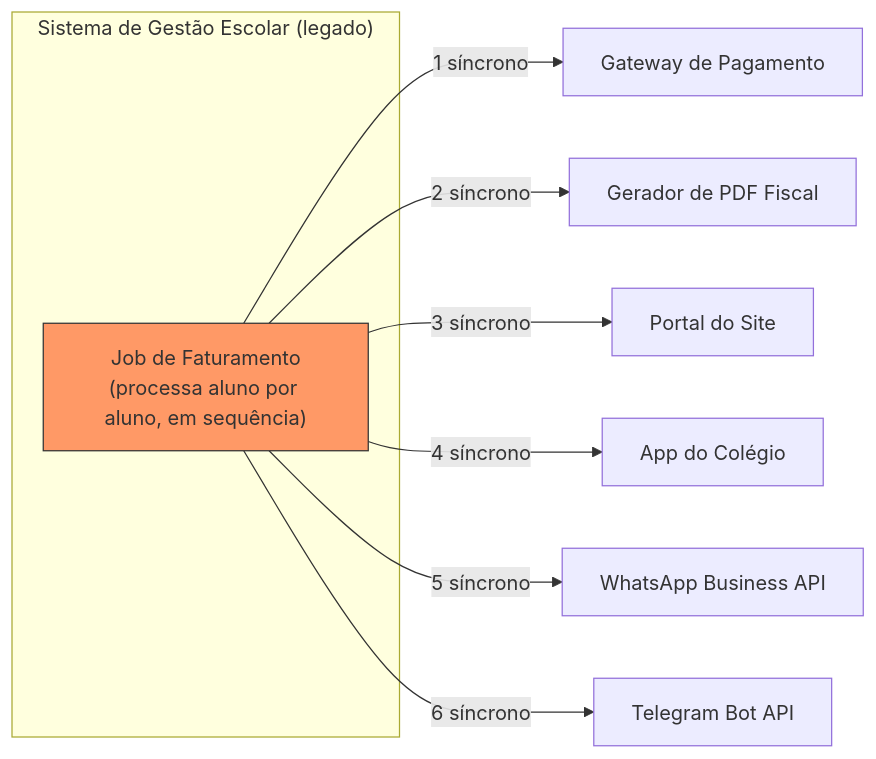
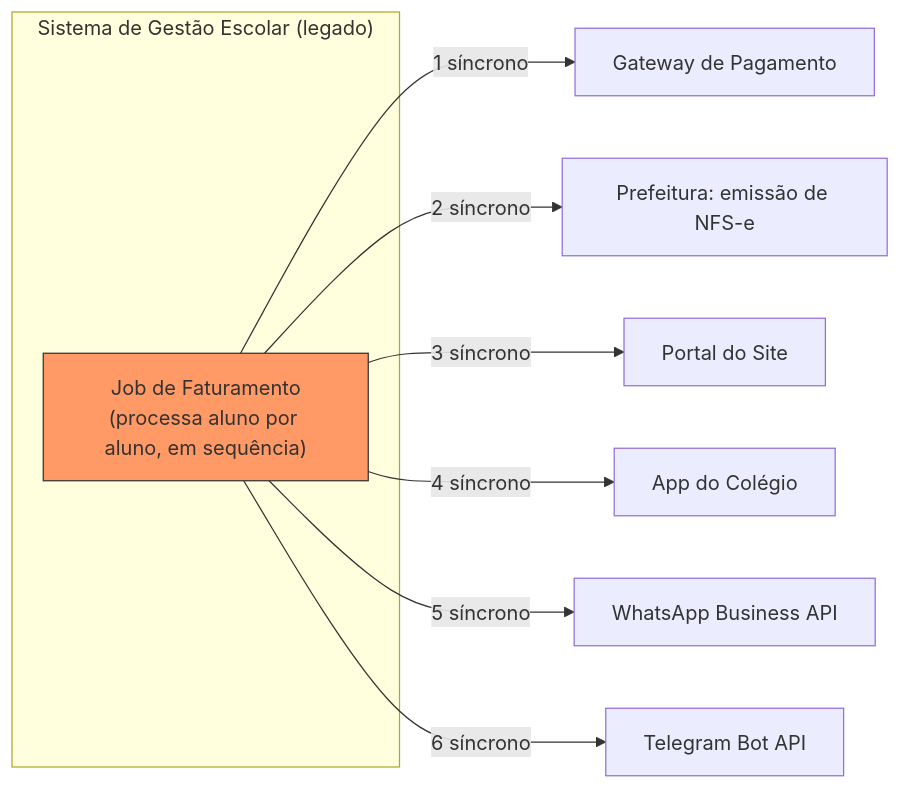
One commit to lealnetosena/colegio-leal changed the first of 2 diagrams in diagramas/01-arquitetura-atual.md. Above: the diagram before and after it, drawn with Mermaid. The commit also changed other lines of this file and 1 other file, not shown here.

First line of the commit message:
docs: troca comprovante de IR (anual) por NFS-e mensal nos outlines, README e diagrama

````diff
--- a/diagramas/01-arquitetura-atual.md
+++ b/diagramas/01-arquitetura-atual.md
@@ -7,15 +7,15 @@
 ```mermaid
 flowchart LR
     subgraph Legado["Sistema de Gestão Escolar (legado)"]
         Job["Job de Faturamento<br/>(processa aluno por aluno, em sequência)"]
     end
 
     Job -->|"1 síncrono"| Pag[Gateway de Pagamento]
-    Job -->|"2 síncrono"| PDF[Gerador de PDF Fiscal]
+    Job -->|"2 síncrono"| NFSe[Prefeitura: emissão de NFS-e]
     Job -->|"3 síncrono"| Site[Portal do Site]
     Job -->|"4 síncrono"| App[App do Colégio]
     Job -->|"5 síncrono"| WA[WhatsApp Business API]
     Job -->|"6 síncrono"| TG[Telegram Bot API]
 
     style Job fill:#f96,stroke:#333
 ```
````
